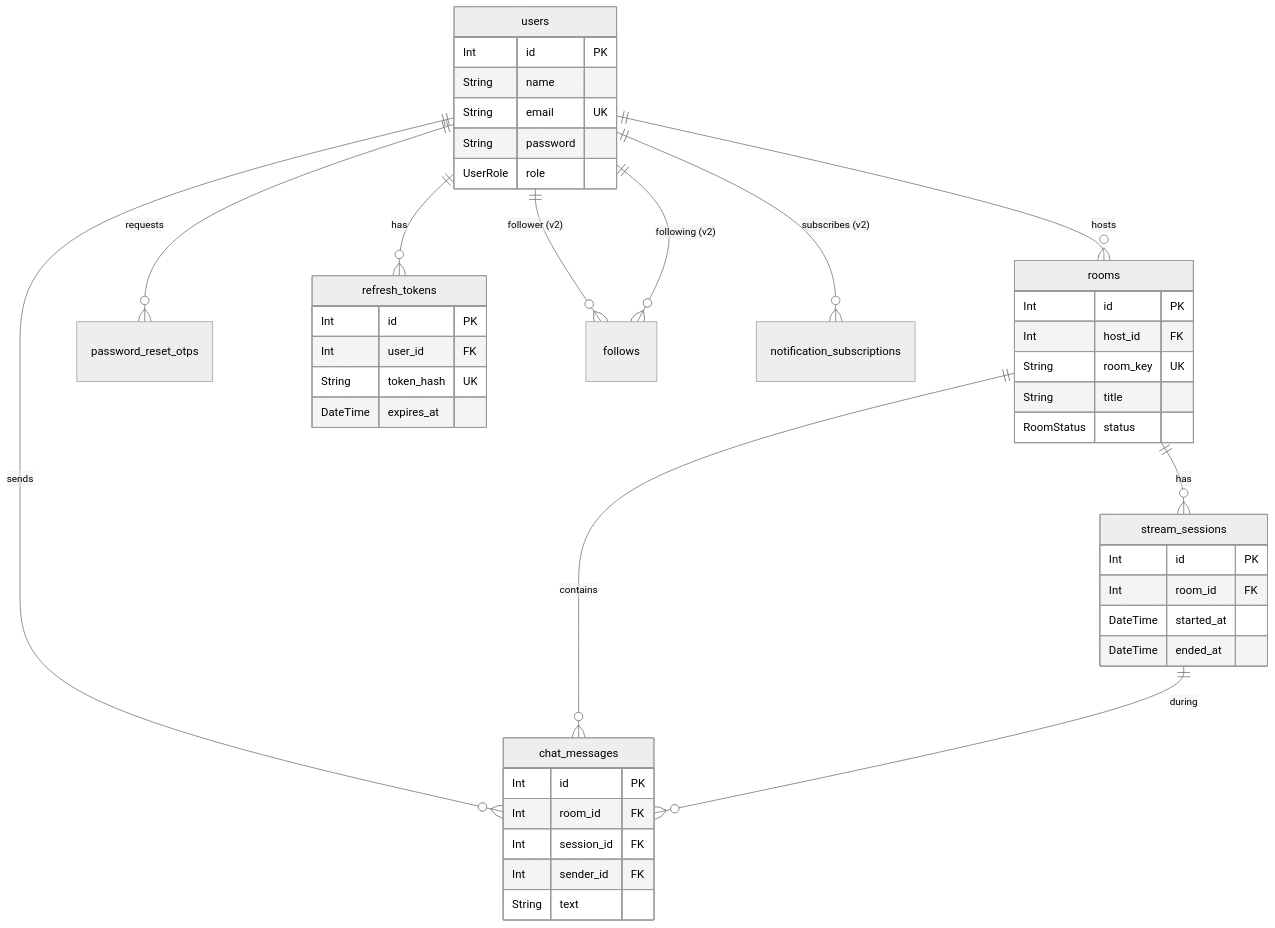
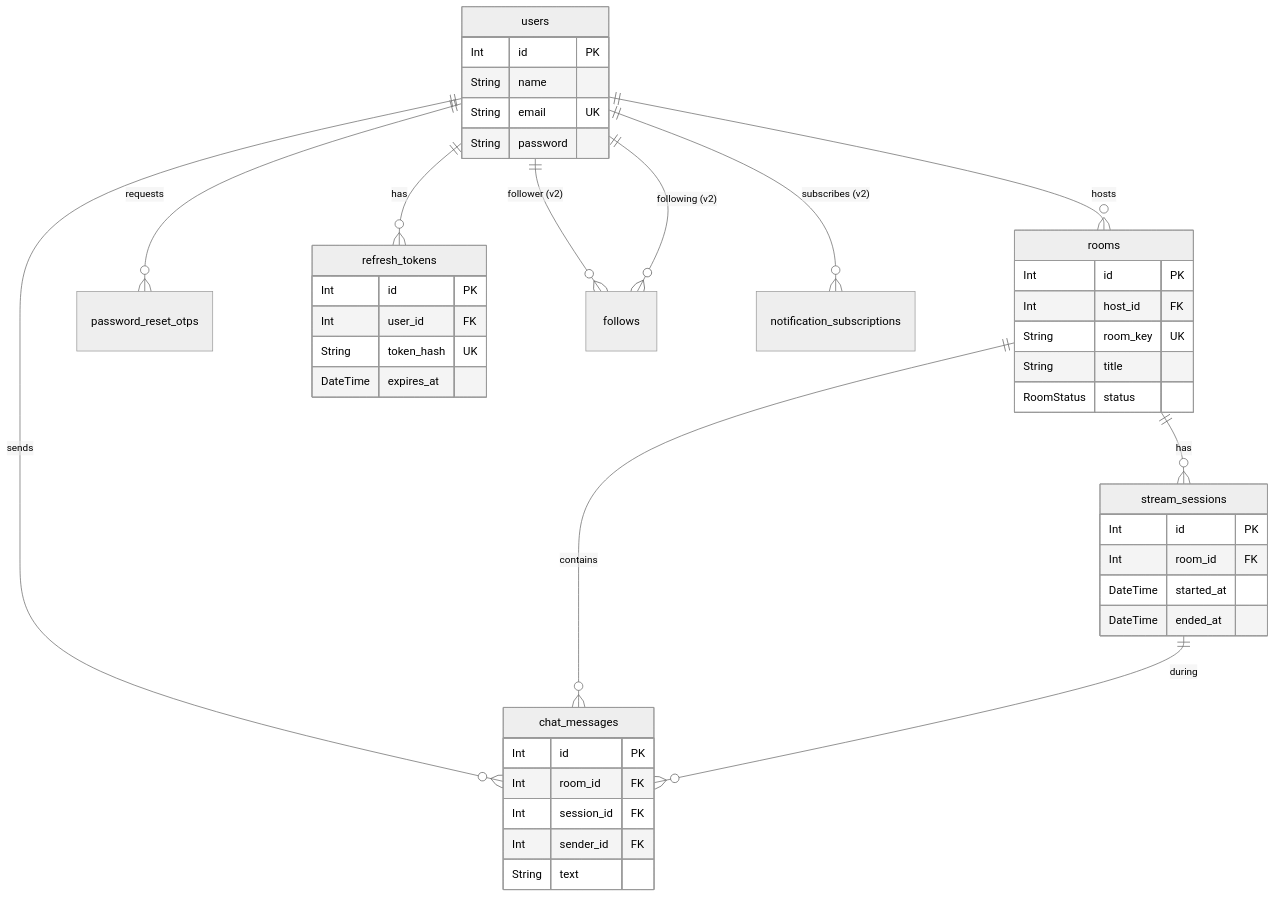
One commit to Abubokkor98/streamforge changed the diagram in docs/Database_schema_planning.md. Above: the diagram before and after it, drawn with Mermaid (neutral theme). The commit also changed other lines of this file and 8 other files, not shown here.

First line of the commit message:
refactor(auth): remove UserRole enum and related role handling

````diff
--- a/docs/Database_schema_planning.md
+++ b/docs/Database_schema_planning.md
@@ -9,47 +9,46 @@
 ```mermaid
 erDiagram
     users ||--o{ rooms : "hosts"
     users ||--o{ password_reset_otps : "requests"
     users ||--o{ refresh_tokens : "has"
     users ||--o{ chat_messages : "sends"
     rooms ||--o{ stream_sessions : "has"
     rooms ||--o{ chat_messages : "contains"
     stream_sessions ||--o{ chat_messages : "during"
     users ||--o{ follows : "follower (v2)"
     users ||--o{ follows : "following (v2)"
     users ||--o{ notification_subscriptions : "subscribes (v2)"
 
     users {
         Int id PK
         String name
         String email UK
         String password
-        UserRole role
     }
     refresh_tokens {
         Int id PK
         Int user_id FK
         String token_hash UK
         DateTime expires_at
     }
     rooms {
         Int id PK
         Int host_id FK
         String room_key UK
         String title
         RoomStatus status
     }
     stream_sessions {
         Int id PK
         Int room_id FK
         DateTime started_at
         DateTime ended_at
     }
     chat_messages {
         Int id PK
         Int room_id FK
         Int session_id FK
         Int sender_id FK
         String text
     }
 ```
````
